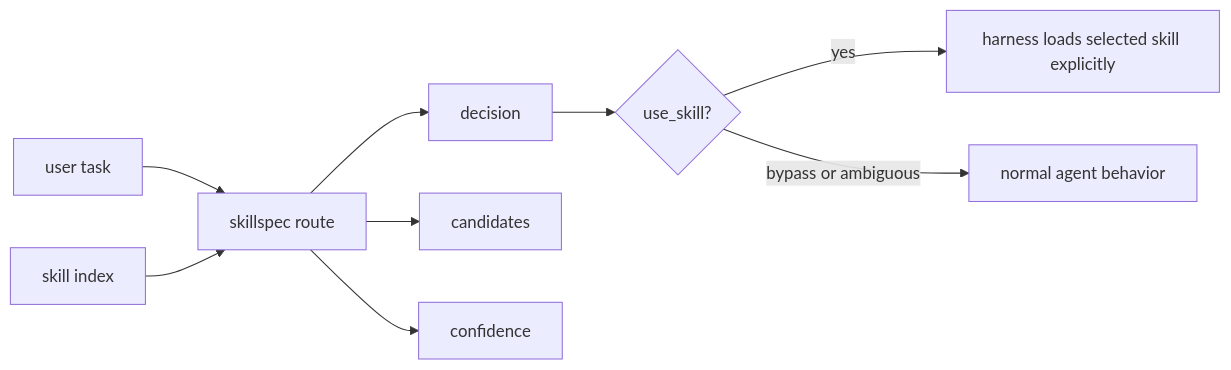
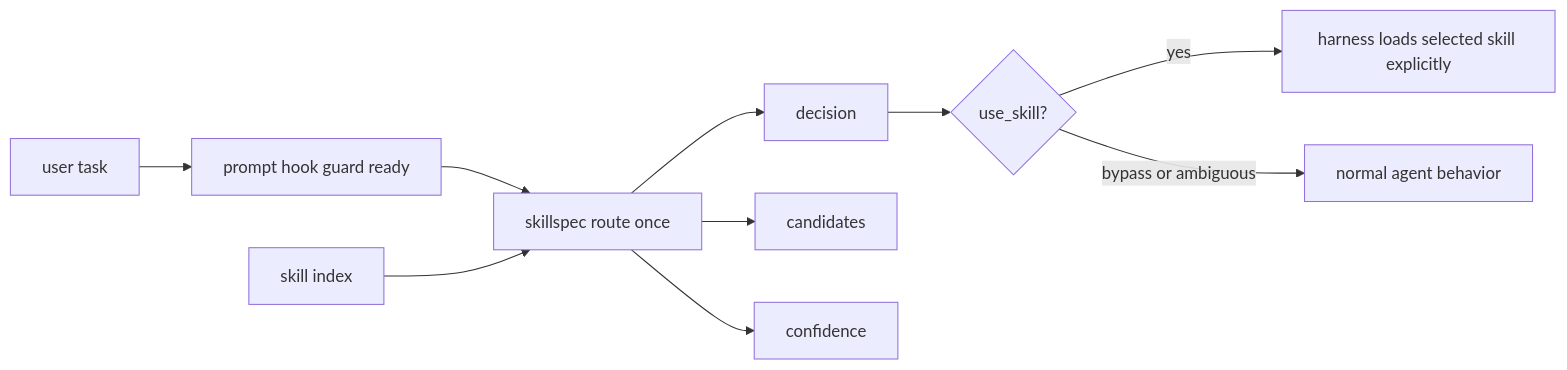
One commit to modiqo/skillspec changed the third of 5 diagrams in docs/design/explained/03-router-mode.md. Above: the diagram before and after it, drawn with Mermaid. The commit also changed other lines of this file and 10 other files, not shown here.

````diff
--- a/docs/design/explained/03-router-mode.md
+++ b/docs/design/explained/03-router-mode.md
@@ -91,11 +96,12 @@
 ```mermaid
 flowchart LR
-    A[user task] --> B[skillspec route]
-    C[skill index] --> B
-    B --> D[decision]
-    B --> E[candidates]
-    B --> F[confidence]
-    D --> G{use_skill?}
-    G -->|yes| H[harness loads selected skill explicitly]
-    G -->|bypass or ambiguous| I[normal agent behavior]
+    A[user task] --> B[prompt hook guard ready]
+    B --> C[skillspec route once]
+    D[skill index] --> C
+    C --> E[decision]
+    C --> F[candidates]
+    C --> G[confidence]
+    E --> H{use_skill?}
+    H -->|yes| I[harness loads selected skill explicitly]
+    H -->|bypass or ambiguous| J[normal agent behavior]
 ```
````
